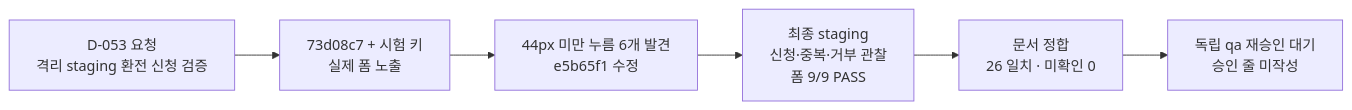
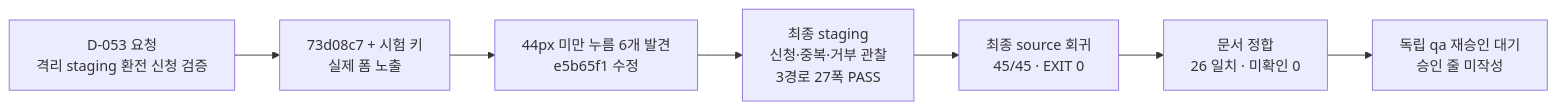
One commit to 100B-Adventures/haenael-ge changed the diagram in docs/qa/qa-tracker.md. Above: the diagram before and after it, drawn with Mermaid. The commit also changed other lines of this file and 1 other file, not shown here.

Commit message:
docs(qa): pin final source regression evidence

````diff
--- a/docs/qa/qa-tracker.md
+++ b/docs/qa/qa-tracker.md
@@ -60,8 +62,9 @@
 ```mermaid
 flowchart LR
   R["D-053 요청<br/>격리 staging 환전 신청 검증"] --> S["73d08c7 + 시험 키<br/>실제 폼 노출"]
   S --> F["44px 미만 누름 6개 발견<br/>e5b65f1 수정"]
-  F --> G["최종 staging<br/>신청·중복·거부 관찰<br/>폼 9/9 PASS"]
-  G --> D["문서 정합<br/>26 일치 · 미확인 0"]
+  F --> G["최종 staging<br/>신청·중복·거부 관찰<br/>3경로 27폭 PASS"]
+  G --> H["최종 source 회귀<br/>45/45 · EXIT 0"]
+  H --> D["문서 정합<br/>26 일치 · 미확인 0"]
   D --> A["독립 qa 재승인 대기<br/>승인 줄 미작성"]
 ```
````
